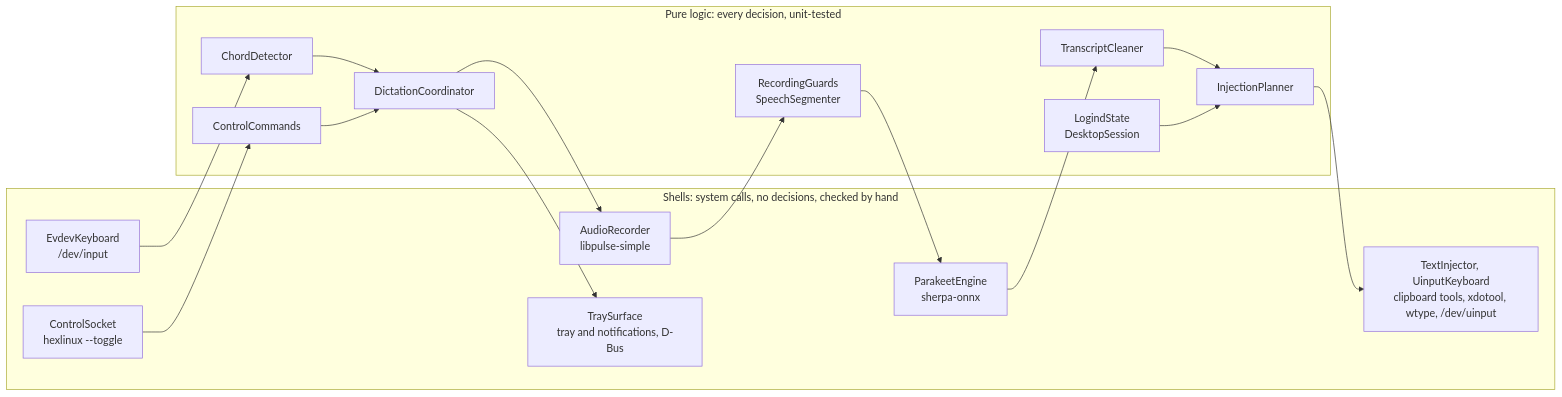
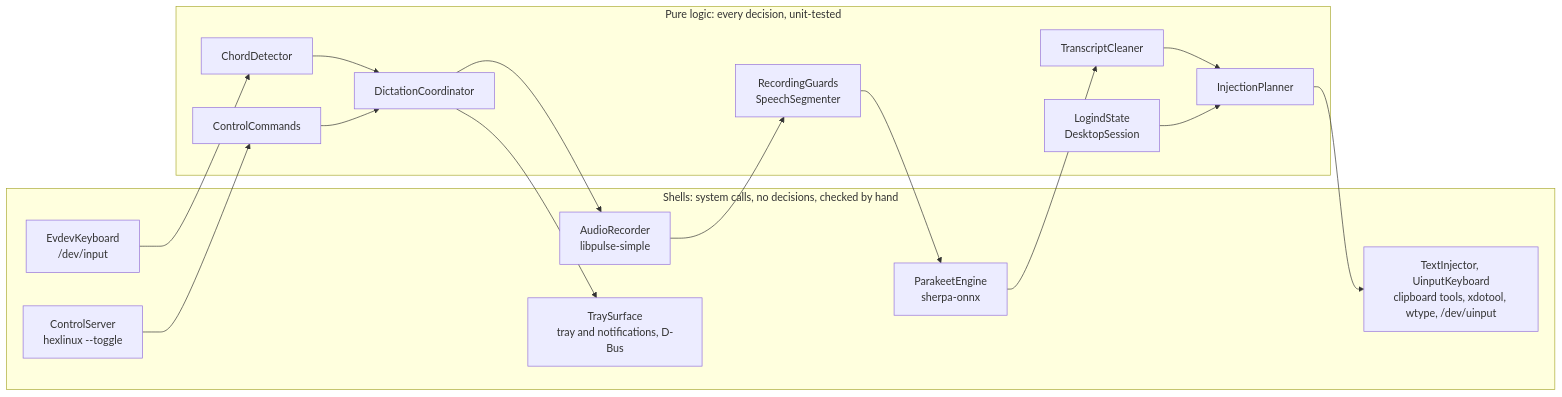
The diagram in README.md (legb78/hex_linux), drawn with Mermaid before and after one commit. The commit also changed other lines of this file and 11 other files, not shown here.

````diff
--- a/README.md
+++ b/README.md
@@ -353,25 +354,25 @@
 ```mermaid
 flowchart LR
   subgraph shells["Shells: system calls, no decisions, checked by hand"]
     keyboard["EvdevKeyboard<br/>/dev/input"]
-    socket["ControlSocket<br/>hexlinux --toggle"]
+    socket["ControlServer<br/>hexlinux --toggle"]
     mic["AudioRecorder<br/>libpulse-simple"]
     engine["ParakeetEngine<br/>sherpa-onnx"]
     injector["TextInjector, UinputKeyboard<br/>clipboard tools, xdotool, wtype, /dev/uinput"]
     tray["TraySurface<br/>tray and notifications, D-Bus"]
   end
   subgraph pure["Pure logic: every decision, unit-tested"]
     chord["ChordDetector"]
     commands["ControlCommands"]
     coordinator["DictationCoordinator"]
     guards["RecordingGuards<br/>SpeechSegmenter"]
     cleaner["TranscriptCleaner"]
     planner["InjectionPlanner"]
     session["LogindState<br/>DesktopSession"]
   end
   keyboard --> chord --> coordinator
   socket --> commands --> coordinator
   coordinator --> mic --> guards --> engine --> cleaner --> planner --> injector
   session --> planner
   coordinator --> tray
 ```
````
